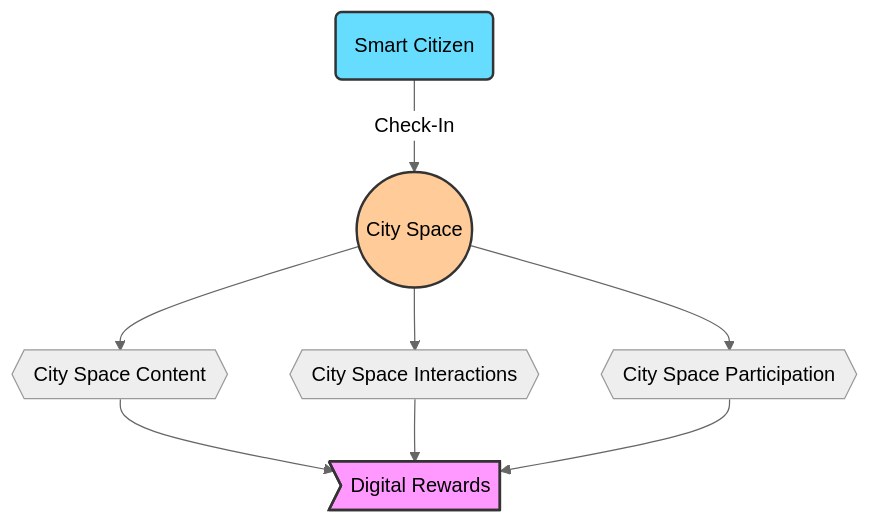
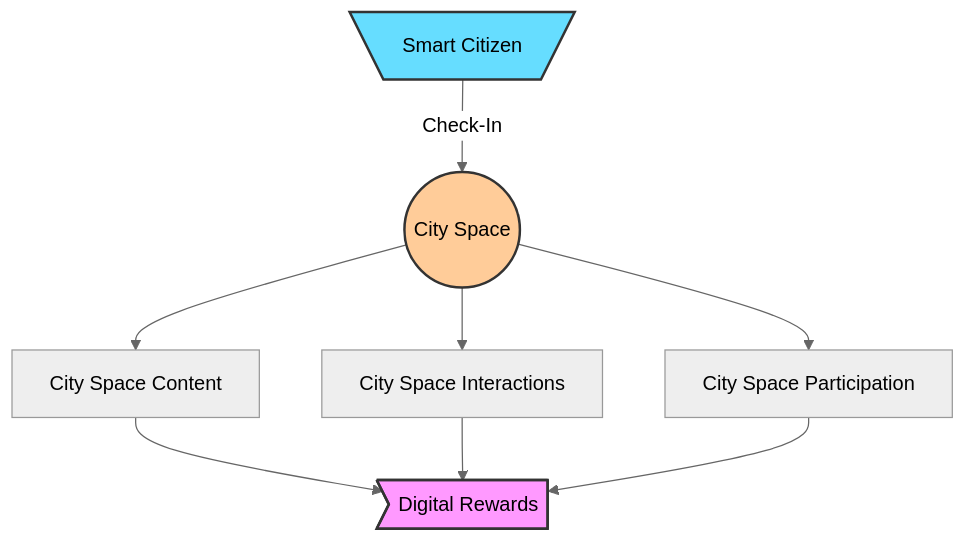
One commit to cityos-work/cityos-dev changed the diagram in pages/elements/city-spaces.md. Above: the diagram before and after it, drawn with Mermaid (neutral theme).

````diff
--- a/pages/elements/city-spaces.md
+++ b/pages/elements/city-spaces.md
@@ -16,13 +16,13 @@
 ```mermaid
 graph TD;
-    U(Smart Citizen)-- Check-In -->CS((City Space));
-    CS-->CSC{{City Space Content}};
-    CS-->CSI{{City Space Interactions}};
-    CS-->CSP{{City Space Participation}};
+    U[\Smart Citizen/]-- Check-In -->CS((City Space));
+    CS-->CSC[City Space Content];
+    CS-->CSI[City Space Interactions];
+    CS-->CSP[City Space Participation];
     CSC-->DR>Digital Rewards];
     CSI-->DR;
     CSP-->DR;
     style U fill:#6df,stroke:#333,stroke-width:2px
     style CS fill:#fc9,stroke:#333,stroke-width:2px
     style DR fill:#f9f,stroke:#333,stroke-width:2px
 ```
````
